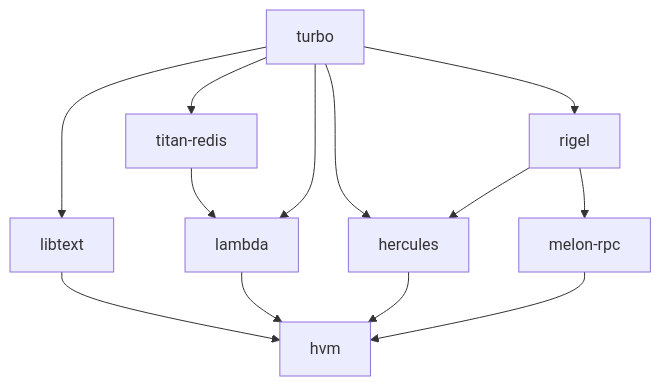
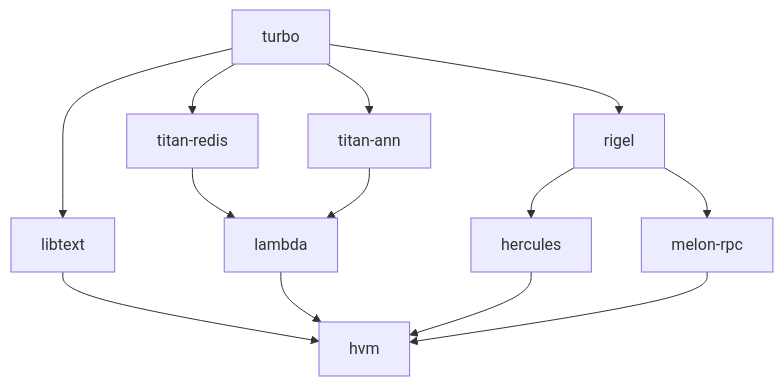
The first of 3 diagrams in README.md (gottingen/kumo-search), drawn with Mermaid before and after one commit. The commit also changed other lines of this file, not shown here.

````diff
--- a/README.md
+++ b/README.md
@@ -25,16 +25,16 @@
 ```mermaid
 flowchart TB
     A[turbo]-->B[libtext]
     A[turbo]-->BB[titan-redis]
+    A[turbo]-->BC[titan-ann]
     BB-->C[lambda]
-    A[turbo]-->C[lambda]
-    A[turbo]-->D[hercules]
+    BC-->C[lambda]
     A[turbo]-->E[rigel]
     E[rigel]-->D[hercules]
     D[hercules]-->F[hvm]
     C[lambda]-->F[hvm]
     B[libtext]-->F[hvm]
     E[rigel]-->G[melon-rpc]
     G[melon-rpc]-->F[hvm]
     
 ```
````
